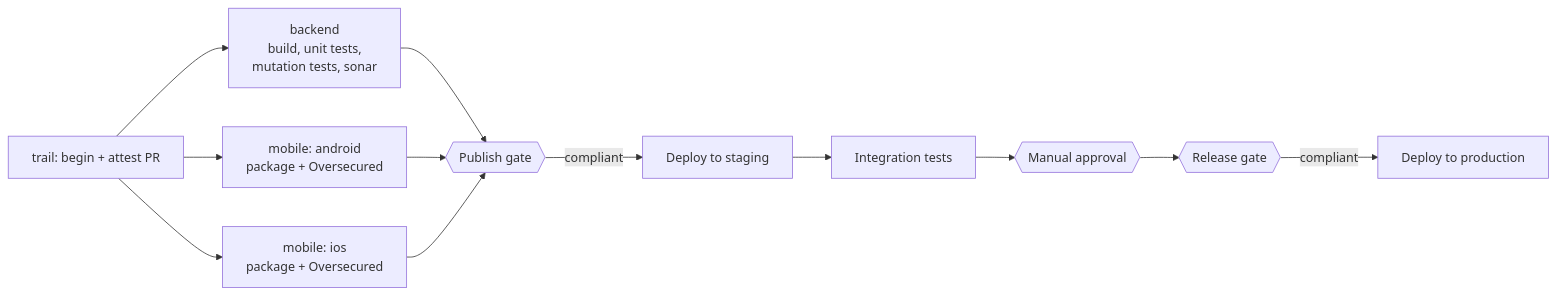
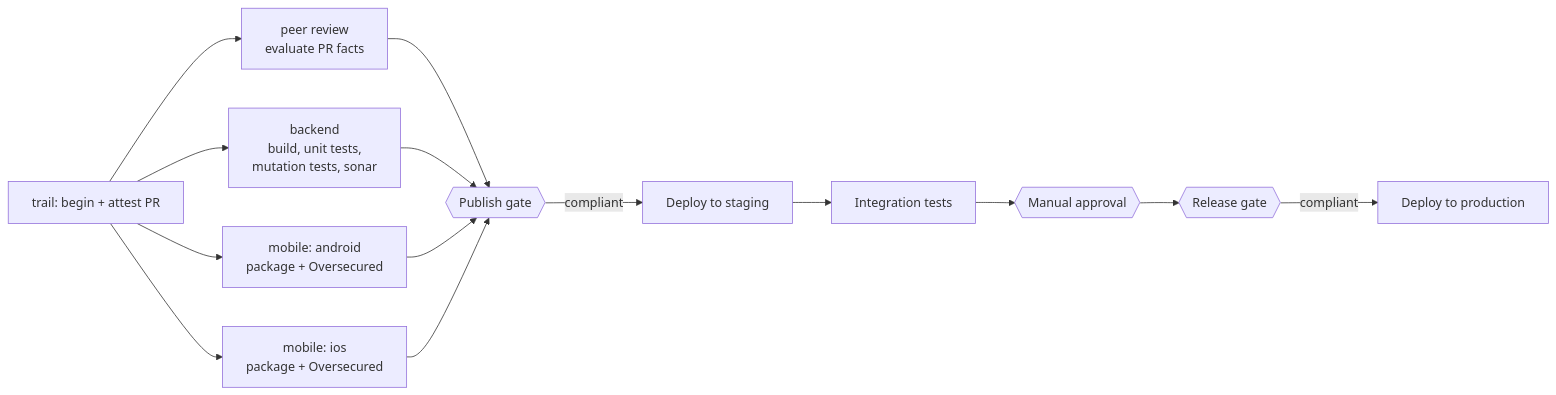
One commit to kosli-dev/azure-java-appservice-mobileapp-demo changed the diagram in README.md. Above: the diagram before and after it, drawn with Mermaid. The commit also changed other lines of this file and 3 other files, not shown here.

````diff
--- a/README.md
+++ b/README.md
@@ -14,16 +14,18 @@
 ```mermaid
 flowchart LR
-    trail["trail: begin + attest PR"] --> backend["backend<br/>build, unit tests,<br/>mutation tests, sonar"]
+    trail["trail: begin + attest PR"] --> peer["peer review<br/>evaluate PR facts"]
+    trail --> backend["backend<br/>build, unit tests,<br/>mutation tests, sonar"]
     trail --> android["mobile: android<br/>package + Oversecured"]
     trail --> ios["mobile: ios<br/>package + Oversecured"]
 
-    backend --> publish{{"Publish gate"}}
+    peer --> publish{{"Publish gate"}}
+    backend --> publish
     android --> publish
     ios --> publish
 
     publish -->|compliant| staging["Deploy to staging"]
     staging --> integration["Integration tests"]
     integration --> approval{{"Manual approval"}}
     approval --> release{{"Release gate"}}
     release -->|compliant| prod["Deploy to production"]
 ```
````
